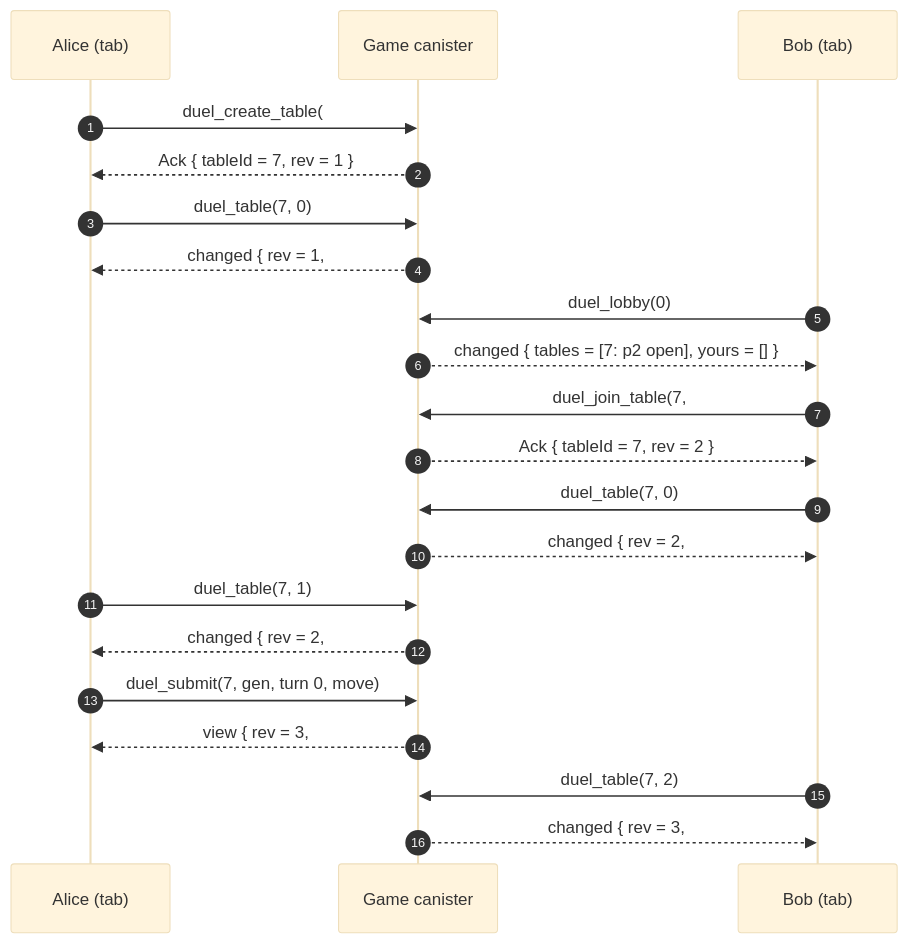
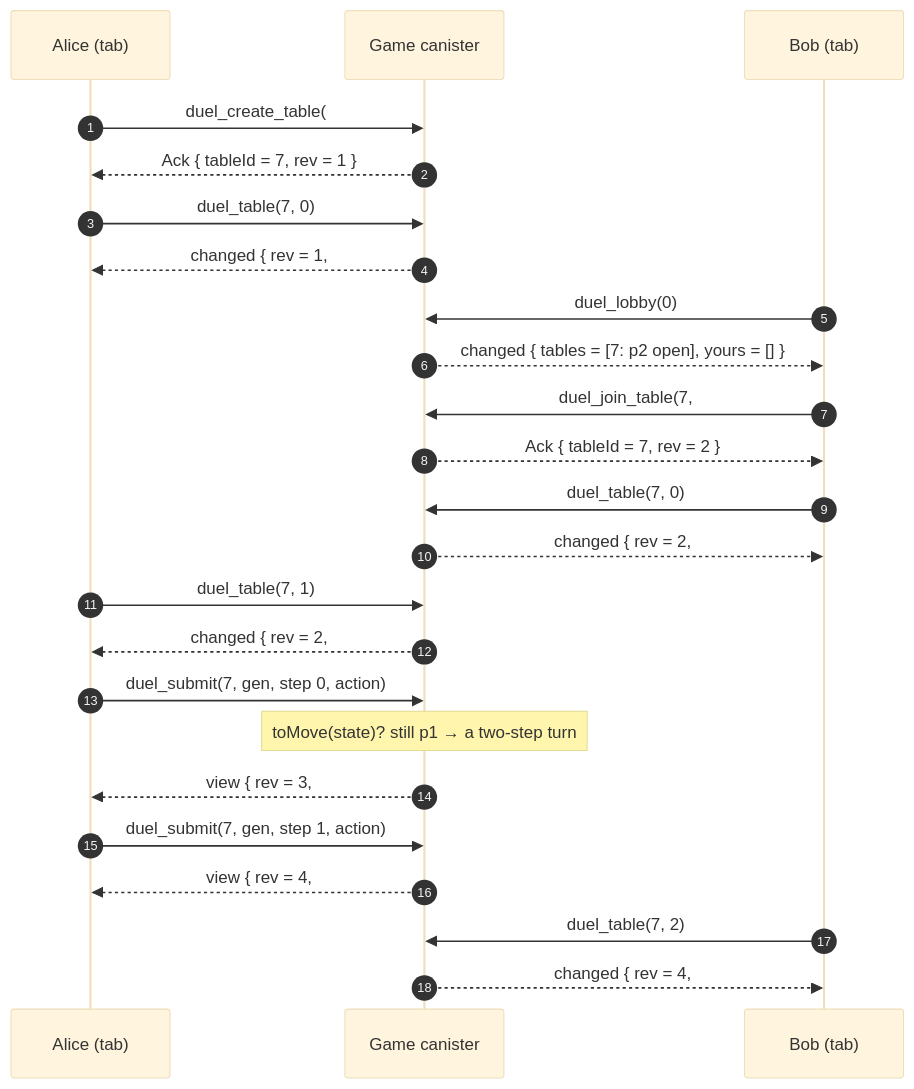
The fifth of 9 diagrams in DESIGN.md (research-ag/duel-core), drawn with Mermaid (base theme) before and after one commit. The commit also changed other lines of this file and 23 other files, not shown here.

First line of the commit message:
Document the class-free, typed-options, turn-based design

````diff
--- a/DESIGN.md
+++ b/DESIGN.md
@@ -225,24 +313,27 @@
 ```mermaid
 sequenceDiagram
   autonumber
   participant A as Alice (tab)
   participant C as Game canister
   participant B as Bob (tab)
 
-  A->>C: duel_create_table(#p1, #open, "")
+  A->>C: duel_create_table(#p1, #open, options)
   C-->>A: Ack { tableId = 7, rev = 1 }
   A->>C: duel_table(7, 0)
   C-->>A: changed { rev = 1, #stagingYou }
   B->>C: duel_lobby(0)
   C-->>B: changed { tables = [7: p2 open], yours = [] }
   B->>C: duel_join_table(7, #p2, null)
   C-->>B: Ack { tableId = 7, rev = 2 }
   B->>C: duel_table(7, 0)
   C-->>B: changed { rev = 2, #inGame }
   A->>C: duel_table(7, 1)
-  C-->>A: changed { rev = 2, #inGame, your turn }
-  A->>C: duel_submit(7, gen, turn 0, move)
-  C-->>A: view { rev = 3, #inGame, waiting }
+  C-->>A: changed { rev = 2, #inGame, toMove = p1 }
+  A->>C: duel_submit(7, gen, step 0, action)
+  Note over C: toMove(state)? still p1 → a two-step turn
+  C-->>A: view { rev = 3, #inGame, toMove = p1, step 1 }
+  A->>C: duel_submit(7, gen, step 1, action)
+  C-->>A: view { rev = 4, #inGame, toMove = p2 }
   B->>C: duel_table(7, 2)
-  C-->>B: changed { rev = 3, #inGame, your turn }
+  C-->>B: changed { rev = 4, #inGame, toMove = p2 }
 ```
````
